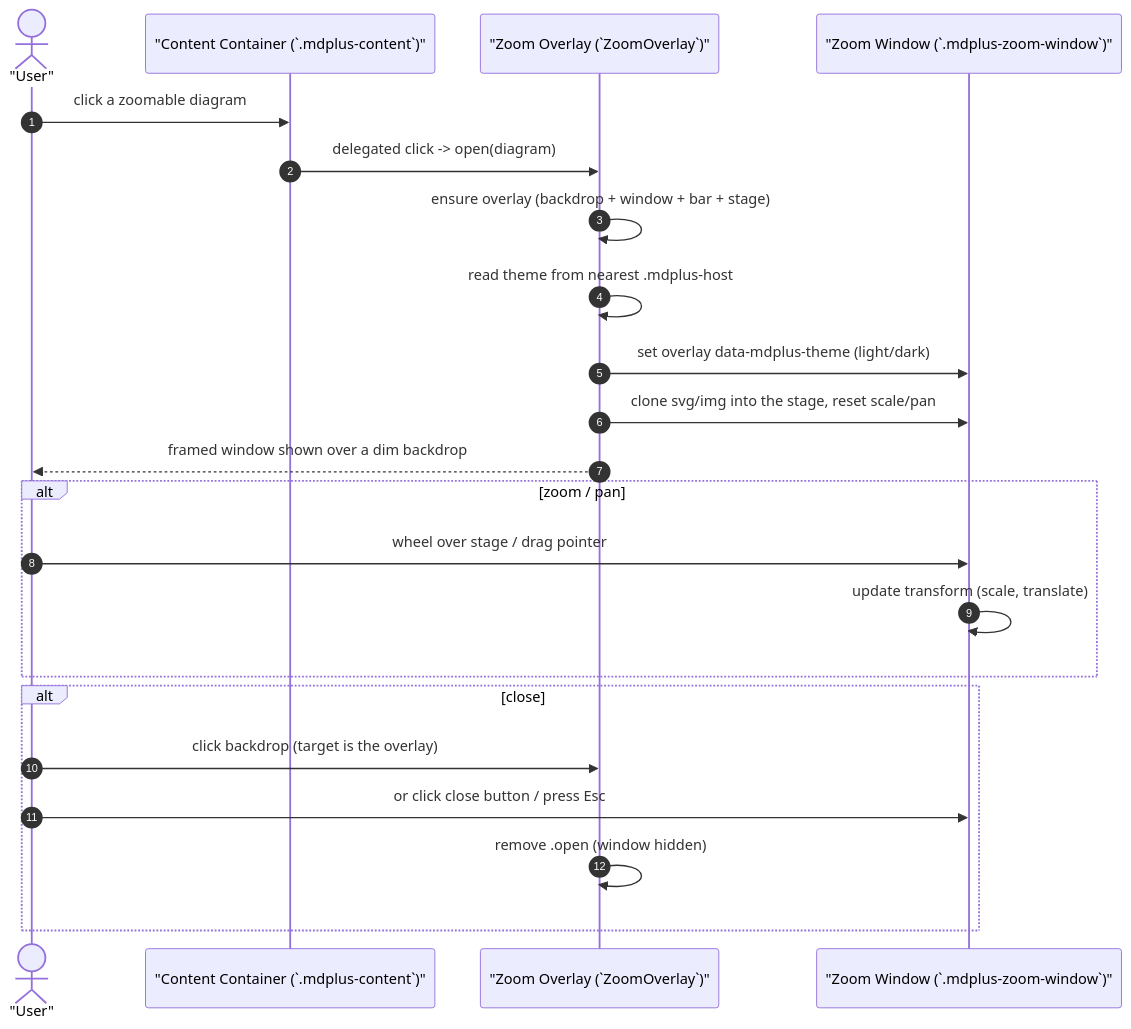
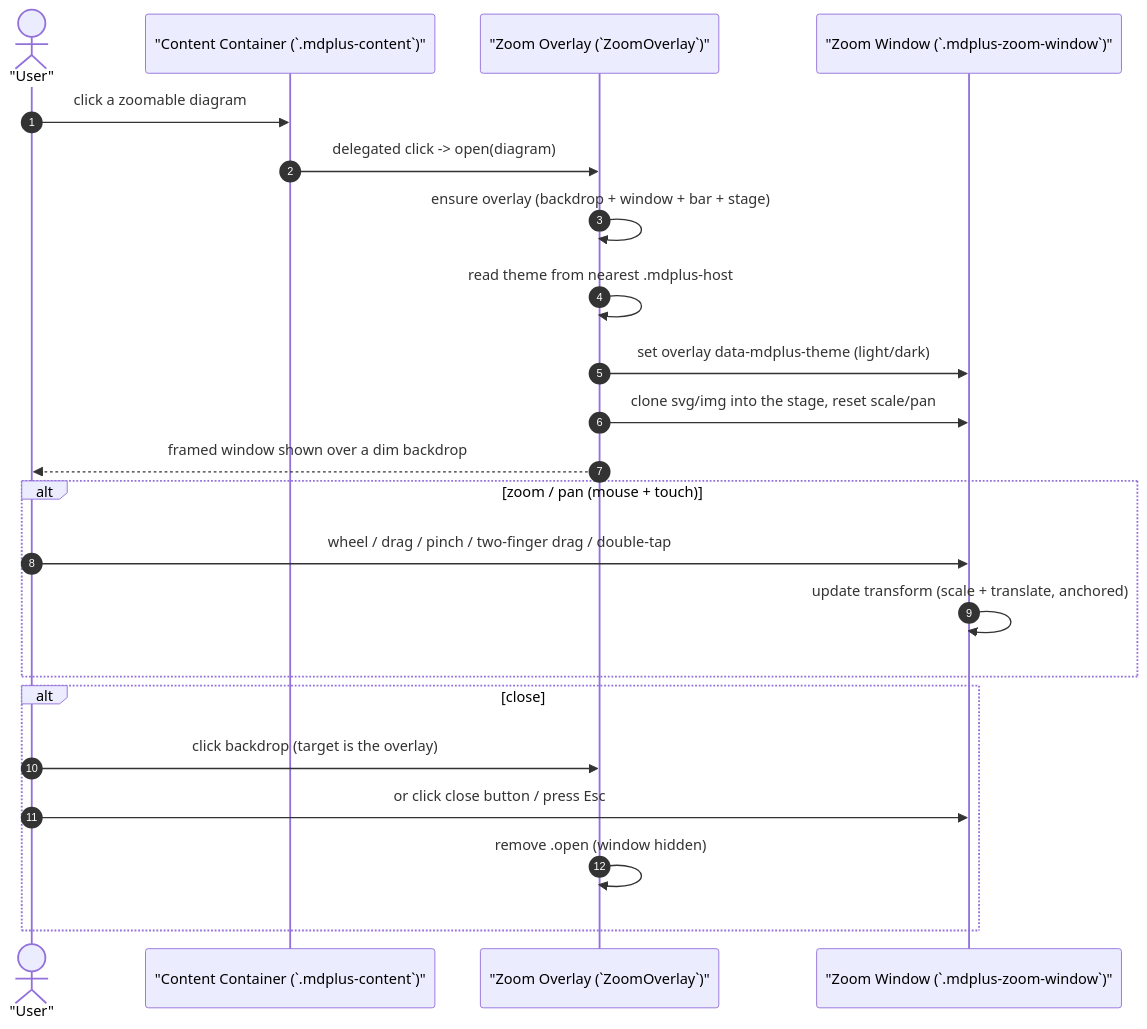
Before and after one commit to techcaotri/copyparty-markdown-viewer: diagram 16 of 20 in docs/Copyparty_Markdown_Viewer_Software_Design.md, drawn with Mermaid. The commit also changed other lines of this file and 3 other files, not shown here.

First line of the commit message:
Make the diagram/image zoom overlay touch-friendly

````diff
--- a/docs/Copyparty_Markdown_Viewer_Software_Design.md
+++ b/docs/Copyparty_Markdown_Viewer_Software_Design.md
@@ -1163,26 +1165,26 @@
 ```mermaid
 %% Opening, interacting with, and closing the themed, framed zoom window.
 sequenceDiagram
     autonumber
     actor User as "User"
     participant Cont as "Content Container (`.mdplus-content`)"
     participant Zoom as "Zoom Overlay (`ZoomOverlay`)"
     participant Win as "Zoom Window (`.mdplus-zoom-window`)"
 
     User->>Cont: click a zoomable diagram
     Cont->>Zoom: delegated click -> open(diagram)
     Zoom->>Zoom: ensure overlay (backdrop + window + bar + stage)
     Zoom->>Zoom: read theme from nearest .mdplus-host
     Zoom->>Win: set overlay data-mdplus-theme (light/dark)
     Zoom->>Win: clone svg/img into the stage, reset scale/pan
     Zoom-->>User: framed window shown over a dim backdrop
-    alt zoom / pan
-        User->>Win: wheel over stage / drag pointer
-        Win->>Win: update transform (scale, translate)
+    alt zoom / pan (mouse + touch)
+        User->>Win: wheel / drag / pinch / two-finger drag / double-tap
+        Win->>Win: update transform (scale + translate, anchored)
     end
     alt close
         User->>Zoom: click backdrop (target is the overlay)
         User->>Win: or click close button / press Esc
         Zoom->>Zoom: remove .open (window hidden)
     end
 ```
````
